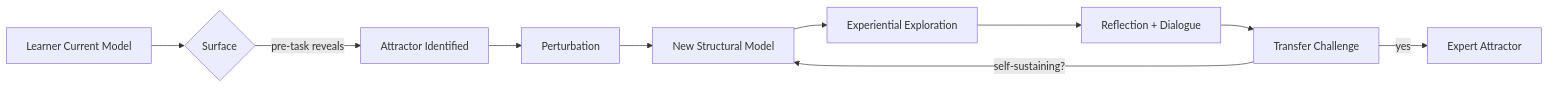
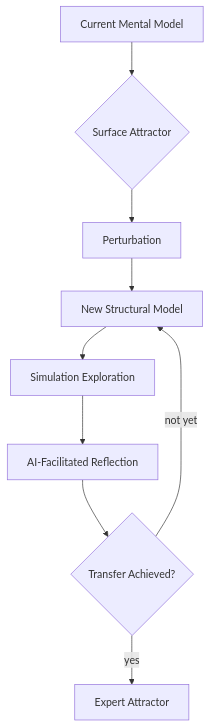
Before and after one commit to kurtrowley/isrd-site: the first of 3 diagrams in src/articles/learner_first_systemic_learning.md, drawn with Mermaid. The commit also changed other lines of this file, not shown here.

Commit message:
Fix all 3 Mermaid diagrams in LFSE article: shorter labels, TD layout, max 6 nodes

````diff
--- a/src/articles/learner_first_systemic_learning.md
+++ b/src/articles/learner_first_systemic_learning.md
@@ -35,12 +35,11 @@
 ```mermaid
-graph LR
-  CM[Learner Current Model] --> S{Surface}
-  S -->|pre-task reveals| A[Attractor Identified]
-  A --> P[Perturbation]
+graph TD
+  CM[Current Mental Model] --> S{Surface Attractor}
+  S --> P[Perturbation]
   P --> NM[New Structural Model]
-  NM --> EX[Experiential Exploration]
-  EX --> R[Reflection + Dialogue]
-  R --> TR[Transfer Challenge]
-  TR -->|self-sustaining?| NM
+  NM --> EX[Simulation Exploration]
+  EX --> R[AI-Facilitated Reflection]
+  R --> TR{Transfer Achieved?}
+  TR -->|not yet| NM
   TR -->|yes| EM[Expert Attractor]
 ```
````
